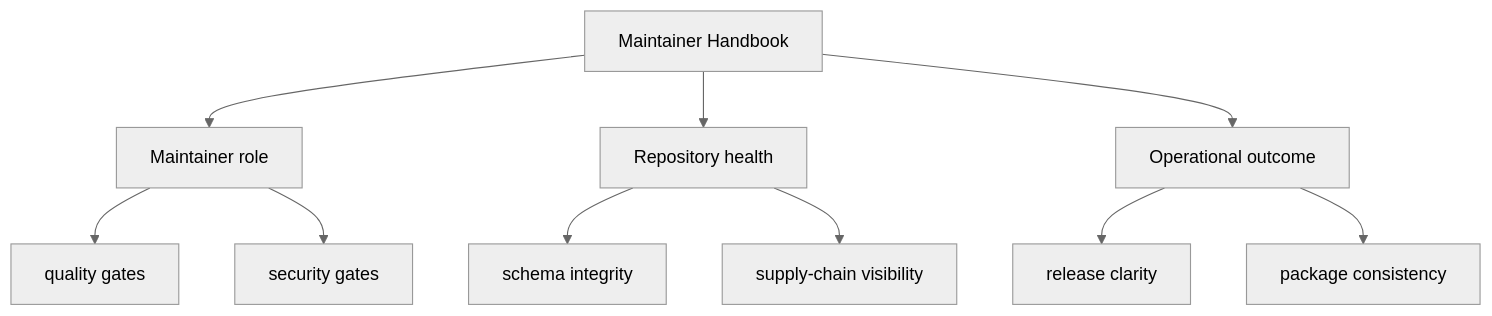
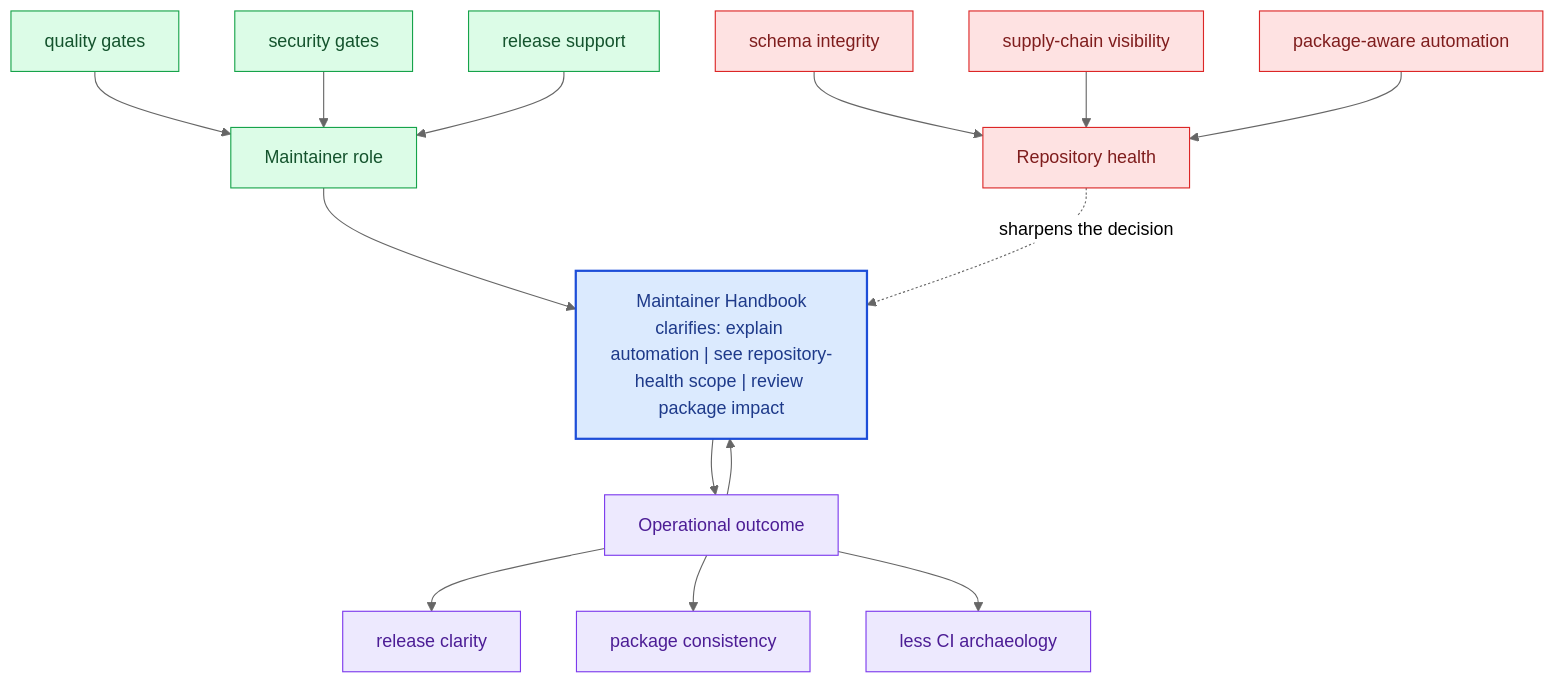
The second of 2 diagrams in docs/bijux-canon-dev/index.md (bijux/bijux-canon), drawn with Mermaid (neutral theme) before and after one commit. The commit also changed other lines of this file and 281 other files, not shown here.

Commit message:
docs(diagrams): deepen handbook mermaid maps across the catalog

````diff
--- a/docs/bijux-canon-dev/index.md
+++ b/docs/bijux-canon-dev/index.md
@@ -36,22 +69,40 @@
 ```mermaid
-flowchart TD
-    page["Maintainer Handbook"]
+flowchart TB
+    promise["Maintainer Handbook<br/>clarifies: explain automation | see repository-health scope | review package impact"]
+    classDef promise fill:#dbeafe,stroke:#1d4ed8,color:#1e3a8a,stroke-width:2px;
+    classDef driver fill:#dcfce7,stroke:#16a34a,color:#14532d;
+    classDef constraint fill:#fee2e2,stroke:#dc2626,color:#7f1d1d;
+    classDef ground fill:#ede9fe,stroke:#7c3aed,color:#4c1d95;
     focus1["Maintainer role"]
-    page --> focus1
+    focus1 --> promise
     focus1_1["quality gates"]
-    focus1 --> focus1_1
+    focus1_1 --> focus1
     focus1_2["security gates"]
-    focus1 --> focus1_2
+    focus1_2 --> focus1
+    focus1_3["release support"]
+    focus1_3 --> focus1
+    class focus1 driver;
+    class focus1_1,focus1_2,focus1_3 driver;
     focus2["Repository health"]
-    page --> focus2
+    focus2 -.sharpens the decision.-> promise
     focus2_1["schema integrity"]
-    focus2 --> focus2_1
+    focus2_1 --> focus2
     focus2_2["supply-chain visibility"]
-    focus2 --> focus2_2
+    focus2_2 --> focus2
+    focus2_3["package-aware automation"]
+    focus2_3 --> focus2
+    class focus2 constraint;
+    class focus2_1,focus2_2,focus2_3 constraint;
     focus3["Operational outcome"]
-    page --> focus3
+    focus3 --> promise
+    promise --> focus3
     focus3_1["release clarity"]
     focus3 --> focus3_1
     focus3_2["package consistency"]
     focus3 --> focus3_2
+    focus3_3["less CI archaeology"]
+    focus3 --> focus3_3
+    class focus3 ground;
+    class focus3_1,focus3_2,focus3_3 ground;
+    class promise promise;
 ```
````
